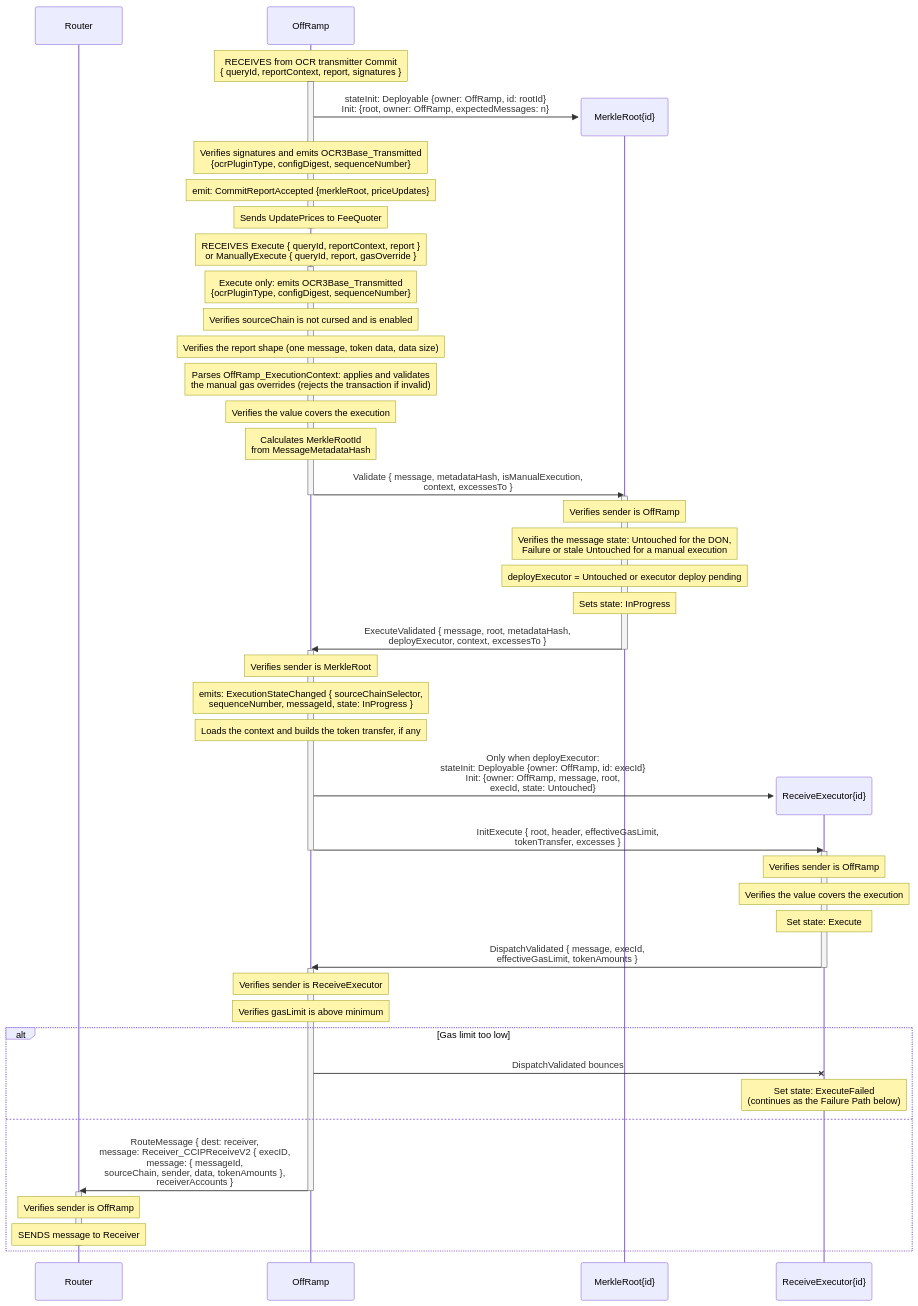
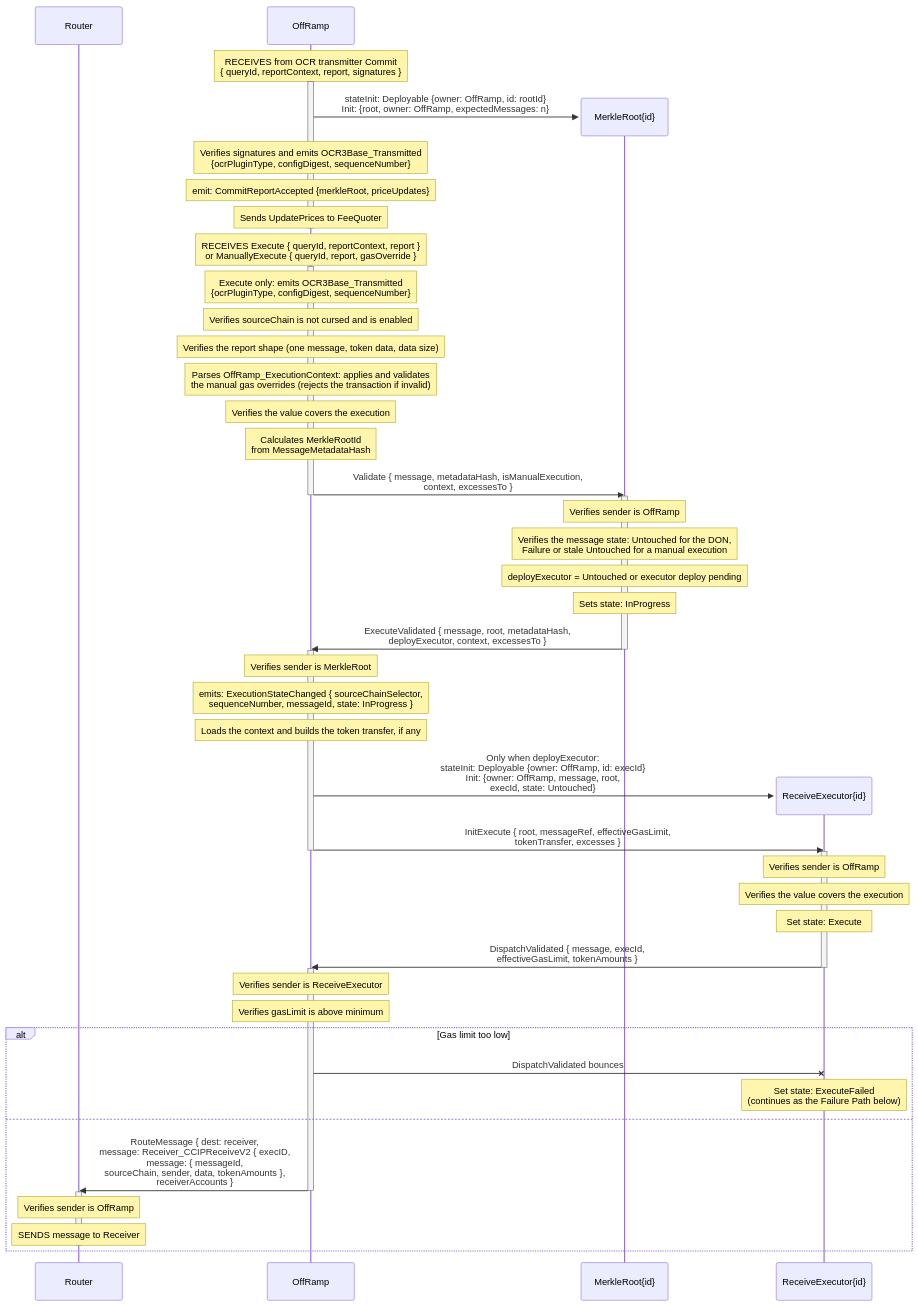
The second of 7 diagrams in docs/contracts/overview/ccip/offramp/arbitrary-msg.md (smartcontractkit/chainlink-ton), drawn with Mermaid before and after one commit. The commit also changed other lines of this file and 14 other files, not shown here.

Commit message:
ref: duplicate data with `header`

````diff
--- a/docs/contracts/overview/ccip/offramp/arbitrary-msg.md
+++ b/docs/contracts/overview/ccip/offramp/arbitrary-msg.md
@@ -33,80 +33,80 @@
 ```mermaid
 sequenceDiagram
     participant R as Router
     participant OR as OffRamp
 
 
 
     Note over OR: RECEIVES from OCR transmitter Commit<br>{ queryId, reportContext, report, signatures }
     activate OR
 
     create participant MR as MerkleRoot{id}
     OR ->> MR: stateInit: Deployable {owner: OffRamp, id: rootId}<br>Init: {root, owner: OffRamp, expectedMessages: n}
 
     Note over OR: Verifies signatures and emits OCR3Base_Transmitted<br>{ocrPluginType, configDigest, sequenceNumber}
     Note over OR: emit: CommitReportAccepted {merkleRoot, priceUpdates}
     Note over OR: Sends UpdatePrices to FeeQuoter
     deactivate OR
 
     Note over OR: RECEIVES Execute { queryId, reportContext, report }<br>or ManuallyExecute { queryId, report, gasOverride }
     activate OR
     Note over OR: Execute only: emits OCR3Base_Transmitted<br>{ocrPluginType, configDigest, sequenceNumber}
     Note over OR: Verifies sourceChain is not cursed and is enabled
     Note over OR: Verifies the report shape (one message, token data, data size)
     Note over OR: Parses OffRamp_ExecutionContext: applies and validates<br>the manual gas overrides (rejects the transaction if invalid)
     Note over OR: Verifies the value covers the execution
     Note over OR: Calculates MerkleRootId<br>from MessageMetadataHash
 
     OR ->> MR: Validate { message, metadataHash, isManualExecution,<br>context, excessesTo }
     deactivate OR
 
     activate MR
 
     Note over MR: Verifies sender is OffRamp
     Note over MR: Verifies the message state: Untouched for the DON,<br>Failure or stale Untouched for a manual execution
     Note over MR: deployExecutor = Untouched or executor deploy pending
     Note over MR: Sets state: InProgress
 
     MR ->> OR: ExecuteValidated { message, root, metadataHash,<br>deployExecutor, context, excessesTo }
     deactivate MR
 
     activate OR
     Note over OR: Verifies sender is MerkleRoot
     Note over OR: emits: ExecutionStateChanged { sourceChainSelector,<br>sequenceNumber, messageId, state: InProgress }
     Note over OR: Loads the context and builds the token transfer, if any
 
     create participant RE as ReceiveExecutor{id}
     OR ->> RE: Only when deployExecutor:<br>stateInit: Deployable {owner: OffRamp, id: execId}<br>Init: {owner: OffRamp, message, root,<br>execId, state: Untouched}
-    OR ->> RE: InitExecute { root, header, effectiveGasLimit,<br>tokenTransfer, excesses }
+    OR ->> RE: InitExecute { root, messageRef, effectiveGasLimit,<br>tokenTransfer, excesses }
     deactivate OR
 
 
 
     activate RE
     Note over RE: Verifies sender is OffRamp
     Note over RE: Verifies the value covers the execution
     Note over RE: Set state: Execute
     RE ->> OR: DispatchValidated { message, execId,<br>effectiveGasLimit, tokenAmounts }
     deactivate RE
 
 
 
     activate OR
     Note over OR: Verifies sender is ReceiveExecutor
     Note over OR: Verifies gasLimit is above minimum
     alt Gas limit too low
     OR -x RE: DispatchValidated bounces
     Note over RE: Set state: ExecuteFailed<br>(continues as the Failure Path below)
     else
 
     OR ->> R: RouteMessage { dest: receiver,<br>message: Receiver_CCIPReceiveV2 { execID,<br>message: { messageId,<br>sourceChain, sender, data, tokenAmounts },<br>receiverAccounts }
     deactivate OR
 
 
 
     activate R
     Note over R: Verifies sender is OffRamp
     Note over R: SENDS message to Receiver
     deactivate R
     end
 ```
````
